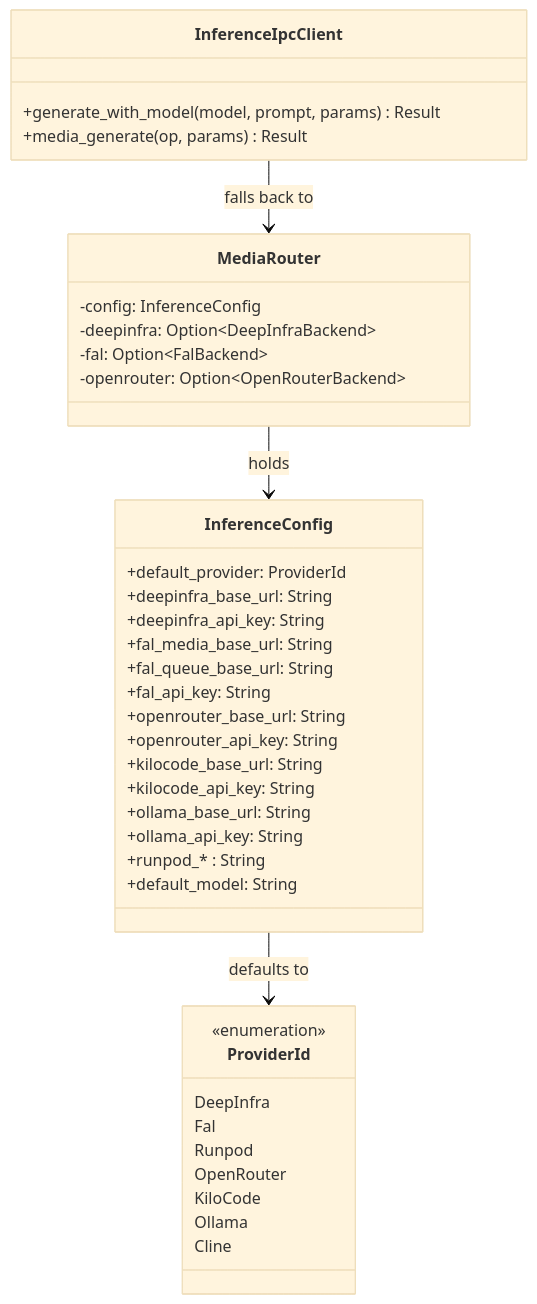
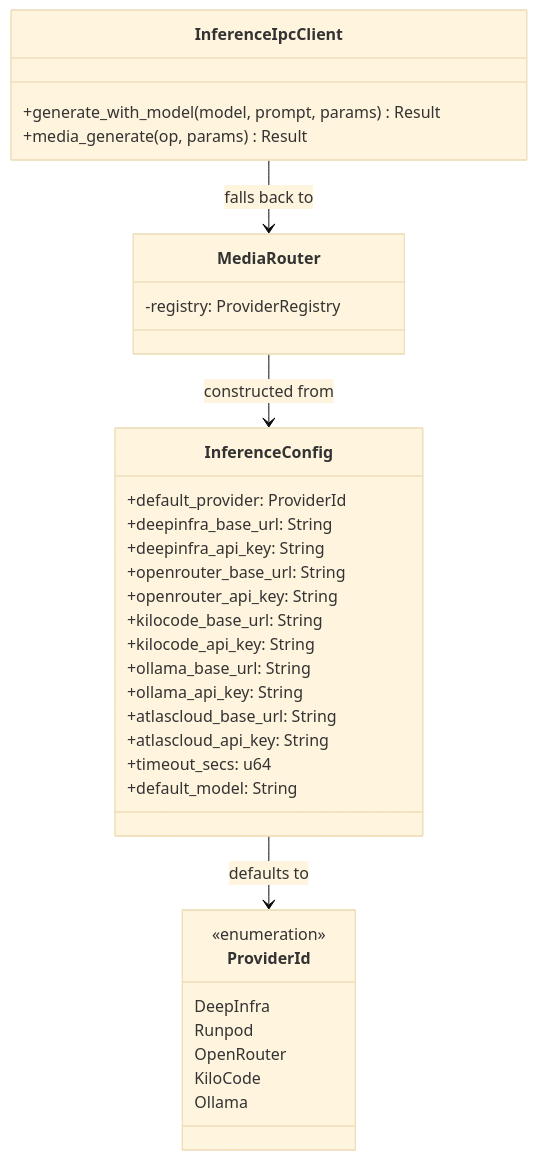
Before and after one commit to mdz-axo/zed-kask: the diagram in kask/docs/diataxis/hkask-inference/reference.md, drawn with Mermaid (base theme). The commit also changed other lines of this file and 8 other files, not shown here.

````diff
--- a/kask/docs/diataxis/hkask-inference/reference.md
+++ b/kask/docs/diataxis/hkask-inference/reference.md
@@ -50,43 +49,37 @@
 ```mermaid
 classDiagram
     class ProviderId {
         <<enumeration>>
         DeepInfra
-        Fal
         Runpod
         OpenRouter
         KiloCode
         Ollama
-        Cline
     }
     class InferenceConfig {
         +default_provider: ProviderId
         +deepinfra_base_url: String
         +deepinfra_api_key: String
-        +fal_media_base_url: String
-        +fal_queue_base_url: String
-        +fal_api_key: String
         +openrouter_base_url: String
         +openrouter_api_key: String
         +kilocode_base_url: String
         +kilocode_api_key: String
         +ollama_base_url: String
         +ollama_api_key: String
-        +runpod_* : String
+        +atlascloud_base_url: String
+        +atlascloud_api_key: String
+        +timeout_secs: u64
         +default_model: String
     }
     class MediaRouter {
-        -config: InferenceConfig
-        -deepinfra: Option~DeepInfraBackend~
-        -fal: Option~FalBackend~
-        -openrouter: Option~OpenRouterBackend~
+        -registry: ProviderRegistry
     }
     class InferenceIpcClient {
         +generate_with_model(model, prompt, params) Result
         +media_generate(op, params) Result
     }
 
-    MediaRouter --> InferenceConfig : holds
+    MediaRouter --> InferenceConfig : constructed from
     InferenceIpcClient --> MediaRouter : falls back to
     InferenceConfig --> ProviderId : defaults to
 ```
````
